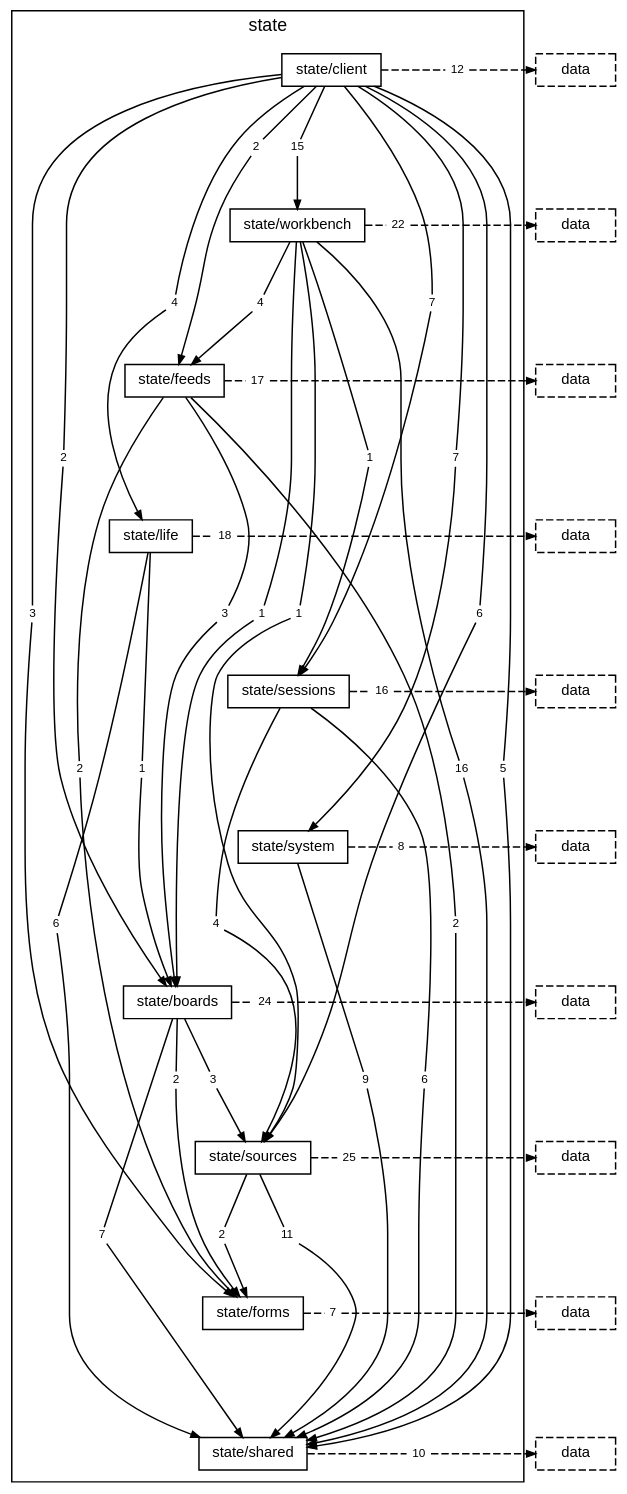
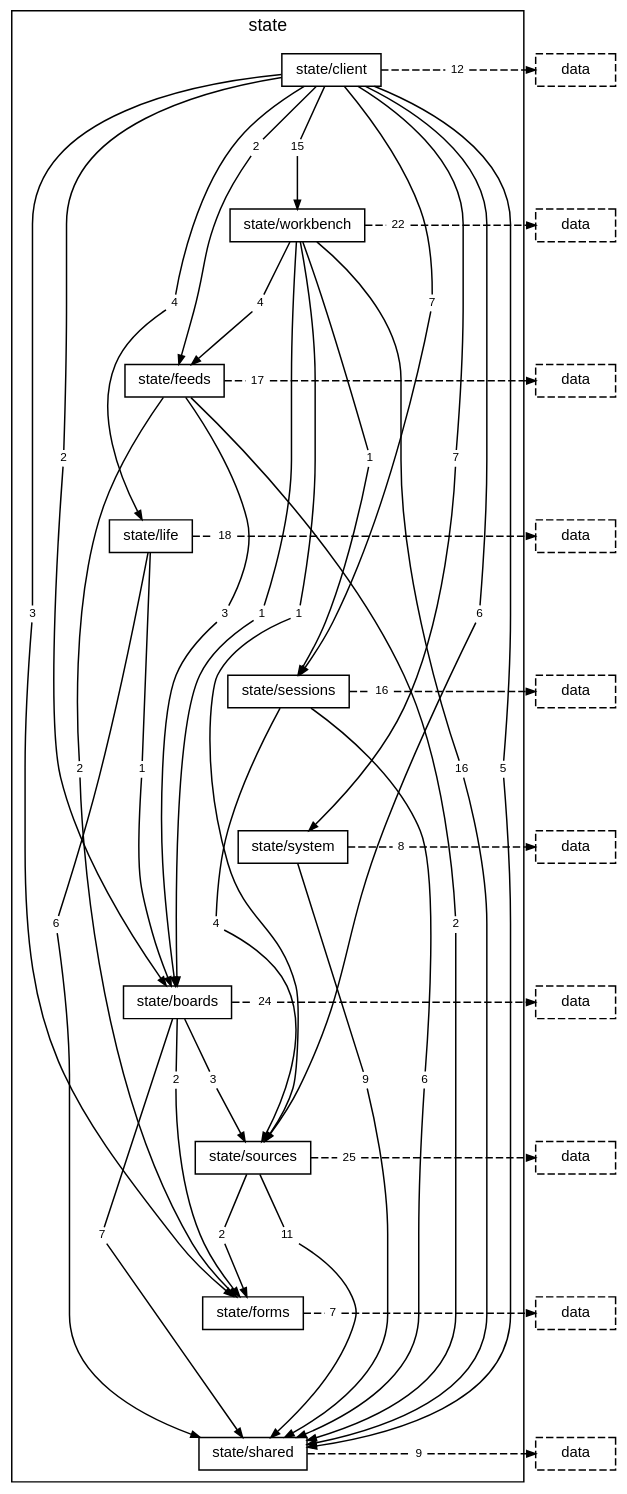
One commit to TheAxeC/oculus changed the diagram in docs/diagrams/layer-state.dot. Above: the diagram before and after it, drawn with Graphviz. The commit also changed 49 other files, not shown here.

```diff
--- a/docs/diagrams/layer-state.dot
+++ b/docs/diagrams/layer-state.dot
@@ -50,7 +50,7 @@
         "folder state/sources to folder state/shared" [label="11", shape=box, color="transparent", fontsize=8, width=0, height=0, margin="0.04,0.02"];
         "folder state/sources to layer data" [label="25", shape=box, color="transparent", fontsize=8, width=0, height=0, margin="0.04,0.02"];
         "folder state/forms to layer data" [label="7", shape=box, color="transparent", fontsize=8, width=0, height=0, margin="0.04,0.02"];
-        "folder state/shared to layer data" [label="10", shape=box, color="transparent", fontsize=8, width=0, height=0, margin="0.04,0.02"];
+        "folder state/shared to layer data" [label="9", shape=box, color="transparent", fontsize=8, width=0, height=0, margin="0.04,0.02"];
     }
     "layer data from folder state/client" [label="data", style=dashed];
     "layer data from folder state/workbench" [label="data", style=dashed];
```
